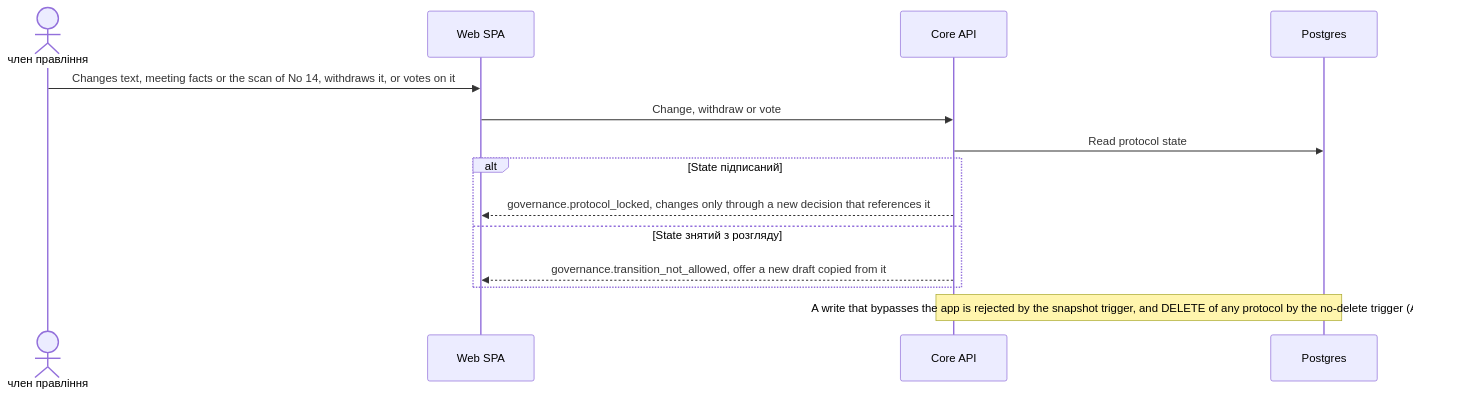
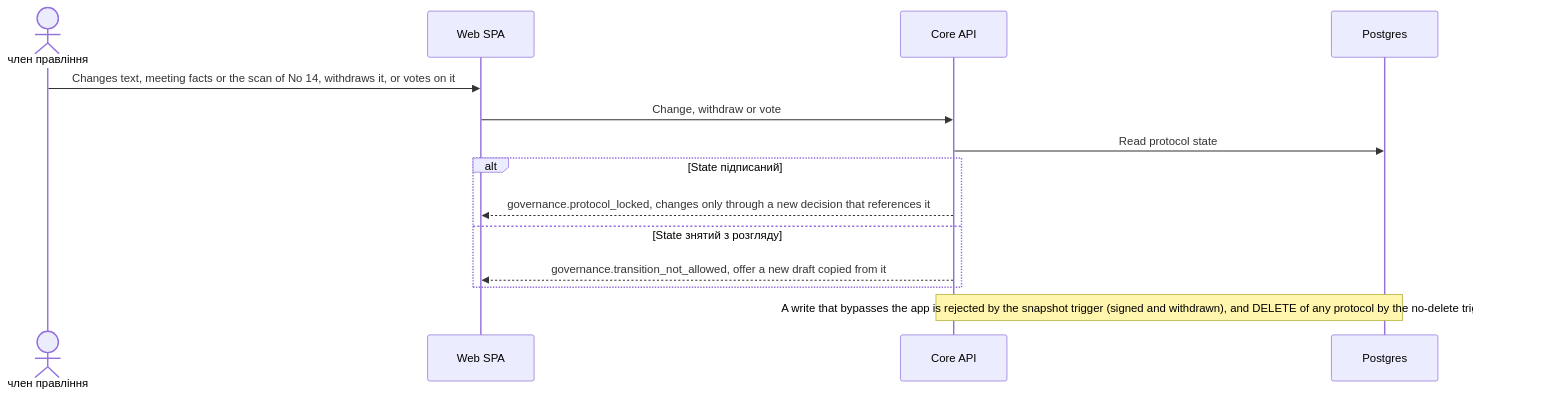
Before and after one commit to AndriiOpryshko/spilno: the eighth of 13 diagrams in docs/features/board-protocol/sad.md, drawn with Mermaid. The commit also changed other lines of this file and 6 other files, not shown here.

Commit message:
board-protocol: course SAD — cross-check fixes (withdrawn snapshots, Drive read-only, typed facts highlighted, register start lock)

````diff
--- a/docs/features/board-protocol/sad.md
+++ b/docs/features/board-protocol/sad.md
@@ -404,17 +409,17 @@
 ```mermaid
 sequenceDiagram
     actor M as член правління
     participant SPA as Web SPA
     participant API as Core API
     participant DB as Postgres
 
     M->>SPA: Changes text, meeting facts or the scan of No 14, withdraws it, or votes on it
     SPA->>API: Change, withdraw or vote
     API->>DB: Read protocol state
     alt State підписаний
         API-->>SPA: governance.protocol_locked, changes only through a new decision that references it
     else State знятий з розгляду
         API-->>SPA: governance.transition_not_allowed, offer a new draft copied from it
     end
-    Note over API,DB: A write that bypasses the app is rejected by the snapshot trigger, and DELETE of any protocol by the no-delete trigger (ADR-0007)
+    Note over API,DB: A write that bypasses the app is rejected by the snapshot trigger (signed and withdrawn), and DELETE of any protocol by the no-delete trigger (ADR-0007)
 ```
````
